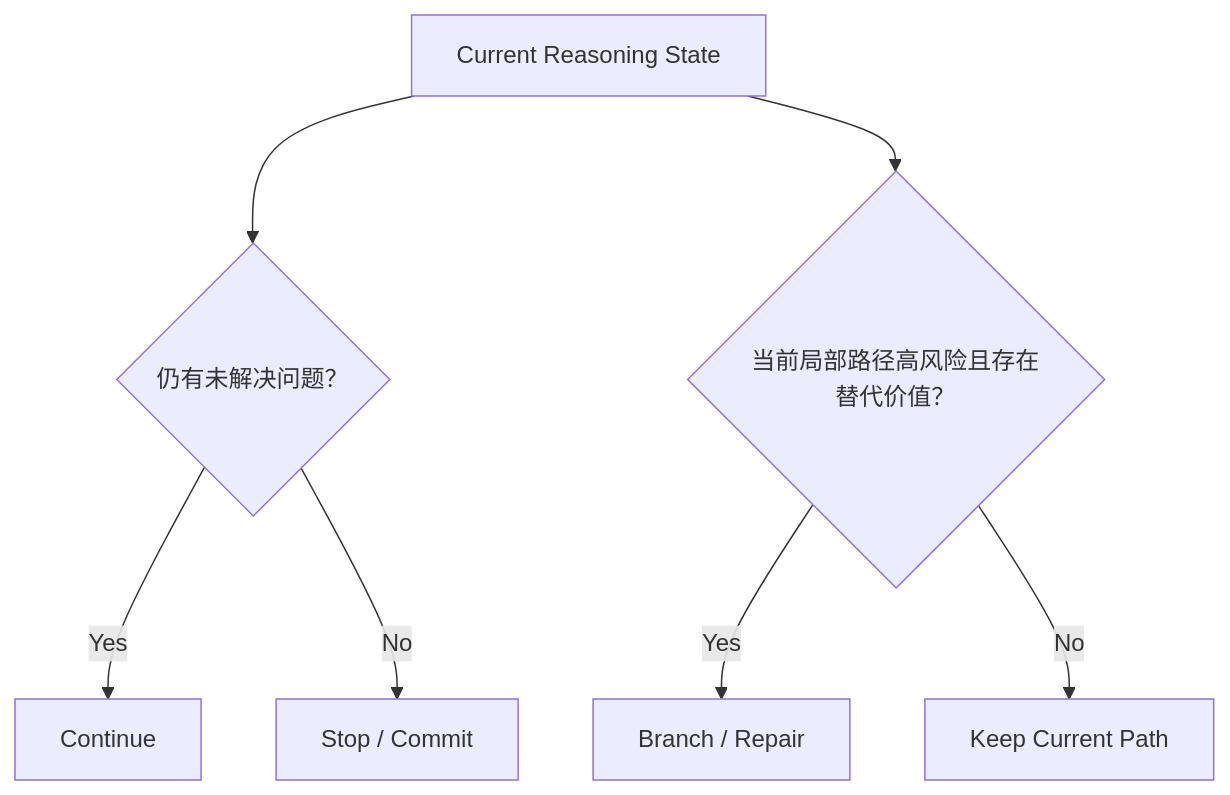
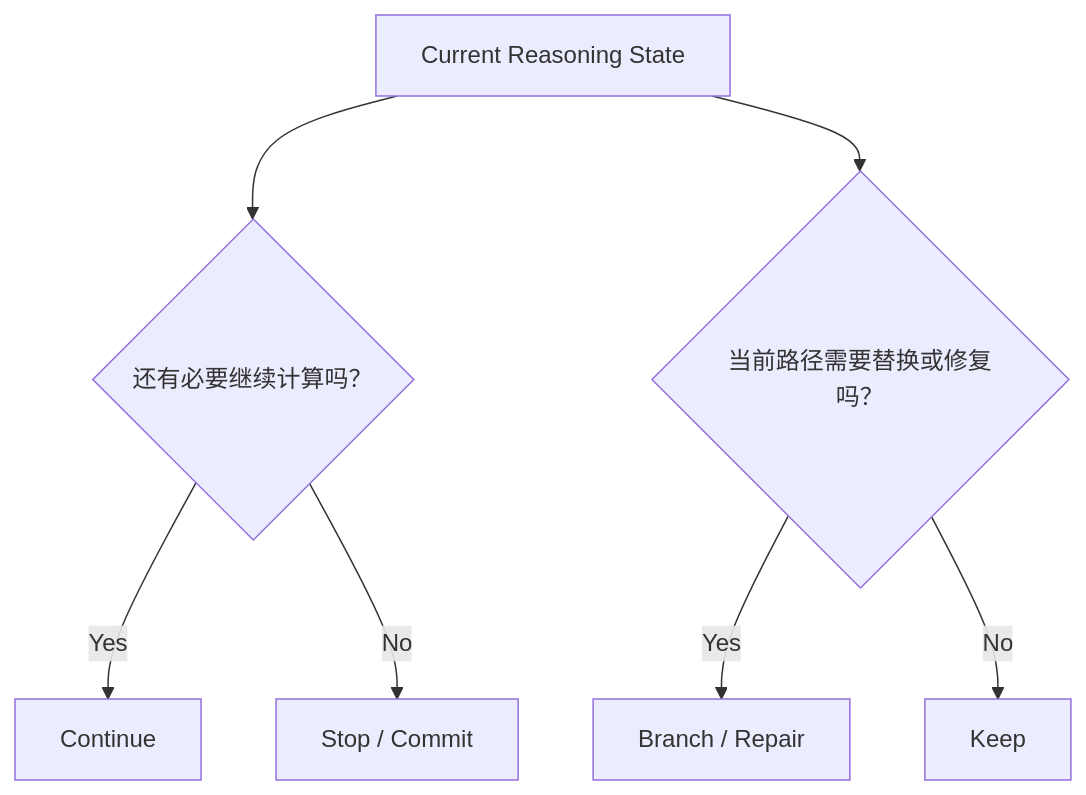
One commit to JiangHui0203/Homework changed the third of 6 diagrams in LLM_Agent_Data/04_Reasoning_Data_and_Process_Supervision.md. Above: the diagram before and after it, drawn with Mermaid. The commit also changed other lines of this file, not shown here.

Commit message:
Refine chapter 4 as canonical reasoning-state supervision chapter

````diff
--- a/LLM_Agent_Data/04_Reasoning_Data_and_Process_Supervision.md
+++ b/LLM_Agent_Data/04_Reasoning_Data_and_Process_Supervision.md
@@ -827,10 +881,10 @@
 ```mermaid
 flowchart TD
-    S[Current Reasoning State] --> Q1{仍有未解决问题？}
-    Q1 -->|Yes| C[Continue]
-    Q1 -->|No| T[Stop / Commit]
+    S[Current Reasoning State] --> A{还有必要继续计算吗？}
+    A -->|Yes| C[Continue]
+    A -->|No| T[Stop / Commit]
 
-    S --> Q2{当前局部路径高风险且存在替代价值？}
-    Q2 -->|Yes| B[Branch / Repair]
-    Q2 -->|No| K[Keep Current Path]
+    S --> B{当前路径需要替换或修复吗？}
+    B -->|Yes| R[Branch / Repair]
+    B -->|No| K[Keep]
 ```
````
